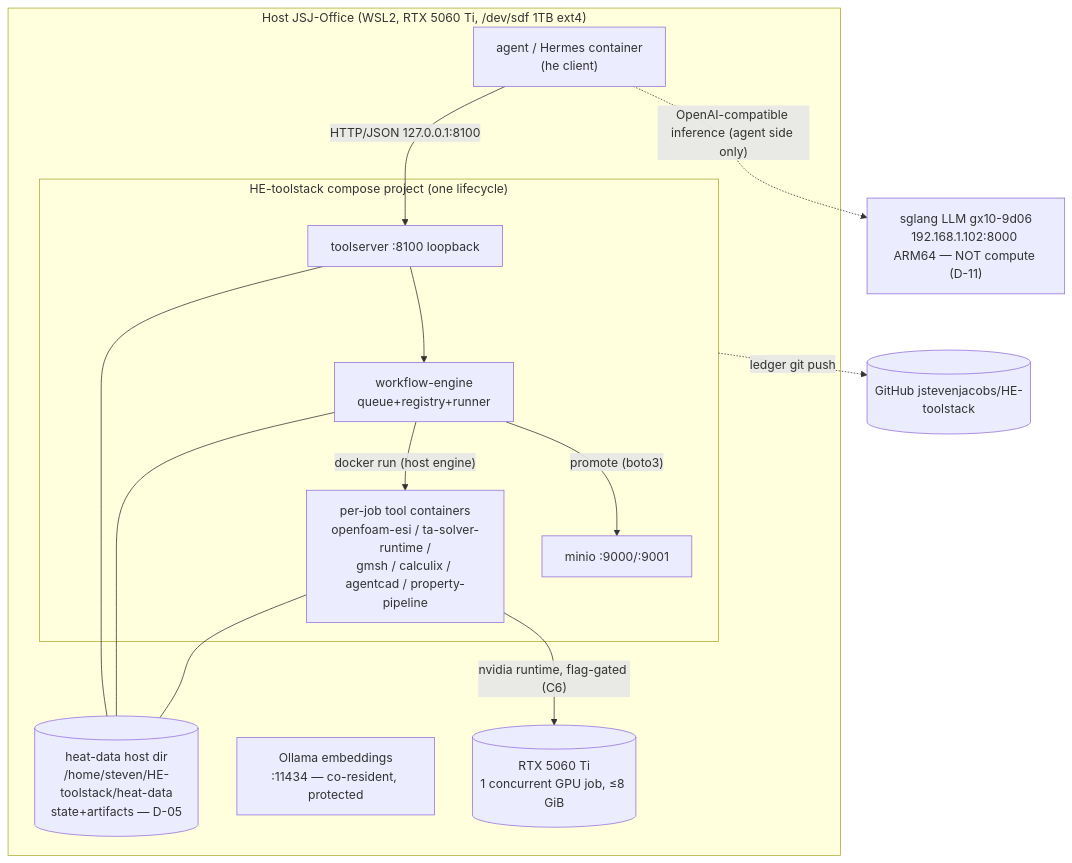
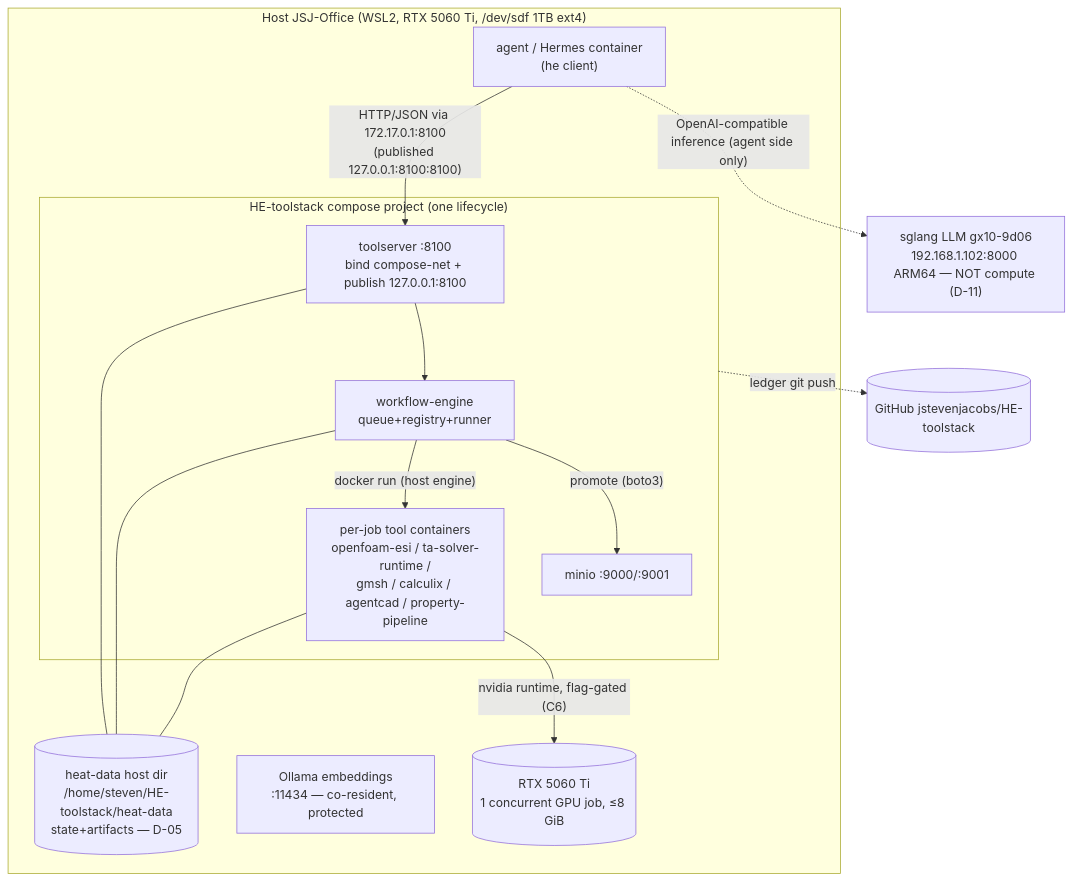
One commit to jstevenjacobs/HE-toolstack changed the first of 9 diagrams in docs/HE-TOOLSTACK-TECHNICAL-DESIGN.md. Above: the diagram before and after it, drawn with Mermaid. The commit also changed other lines of this file and 1 other file, not shown here.

````diff
--- a/docs/HE-TOOLSTACK-TECHNICAL-DESIGN.md
+++ b/docs/HE-TOOLSTACK-TECHNICAL-DESIGN.md
@@ -209,22 +215,22 @@
 ```mermaid
 graph TB
     subgraph Host["Host JSJ-Office (WSL2, RTX 5060 Ti, /dev/sdf 1TB ext4)"]
         subgraph Stack["HE-toolstack compose project (one lifecycle)"]
-            TS["toolserver :8100 loopback"]
+            TS["toolserver :8100<br/>bind compose-net + publish 127.0.0.1:8100"]
             WE[workflow-engine<br/>queue+registry+runner]
             MO[minio :9000/:9001]
             JOB[per-job tool containers<br/>openfoam-esi / ta-solver-runtime /<br/>gmsh / calculix / agentcad / property-pipeline]
         end
         HD[("heat-data host dir<br/>/home/steven/HE-toolstack/heat-data<br/>state+artifacts — D-05")]
         AG["agent / Hermes container<br/>(he client)"]
         EMB["Ollama embeddings<br/>:11434 — co-resident, protected"]
         TS --- HD; WE --- HD; JOB --- HD
-        AG -- "HTTP/JSON 127.0.0.1:8100" --> TS
+        AG -- "HTTP/JSON via 172.17.0.1:8100<br/>(published 127.0.0.1:8100:8100)" --> TS
         TS --> WE; WE -- "docker run (host engine)" --> JOB
         WE -- "promote (boto3)" --> MO
         JOB -- "nvidia runtime, flag-gated (C6)" --> GPU[(RTX 5060 Ti<br/>1 concurrent GPU job, ≤8 GiB)]
     end
     AGX["sglang LLM gx10-9d06<br/>192.168.1.102:8000 ARM64 — NOT compute (D-11)"]
     AG -. "OpenAI-compatible inference (agent side only)" .-> AGX
     Stack -. "ledger git push" .-> GH[(GitHub jstevenjacobs/HE-toolstack)]
 ```
````
